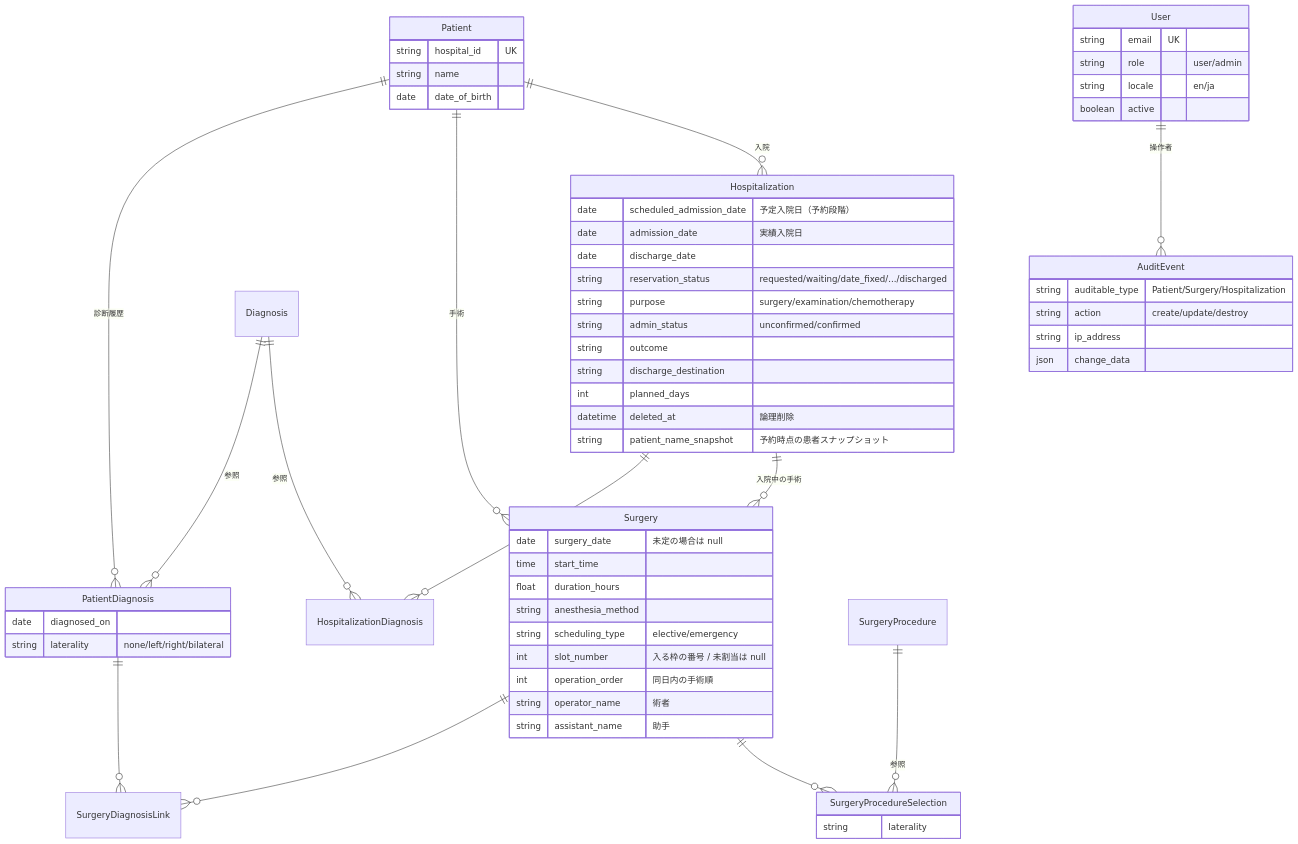
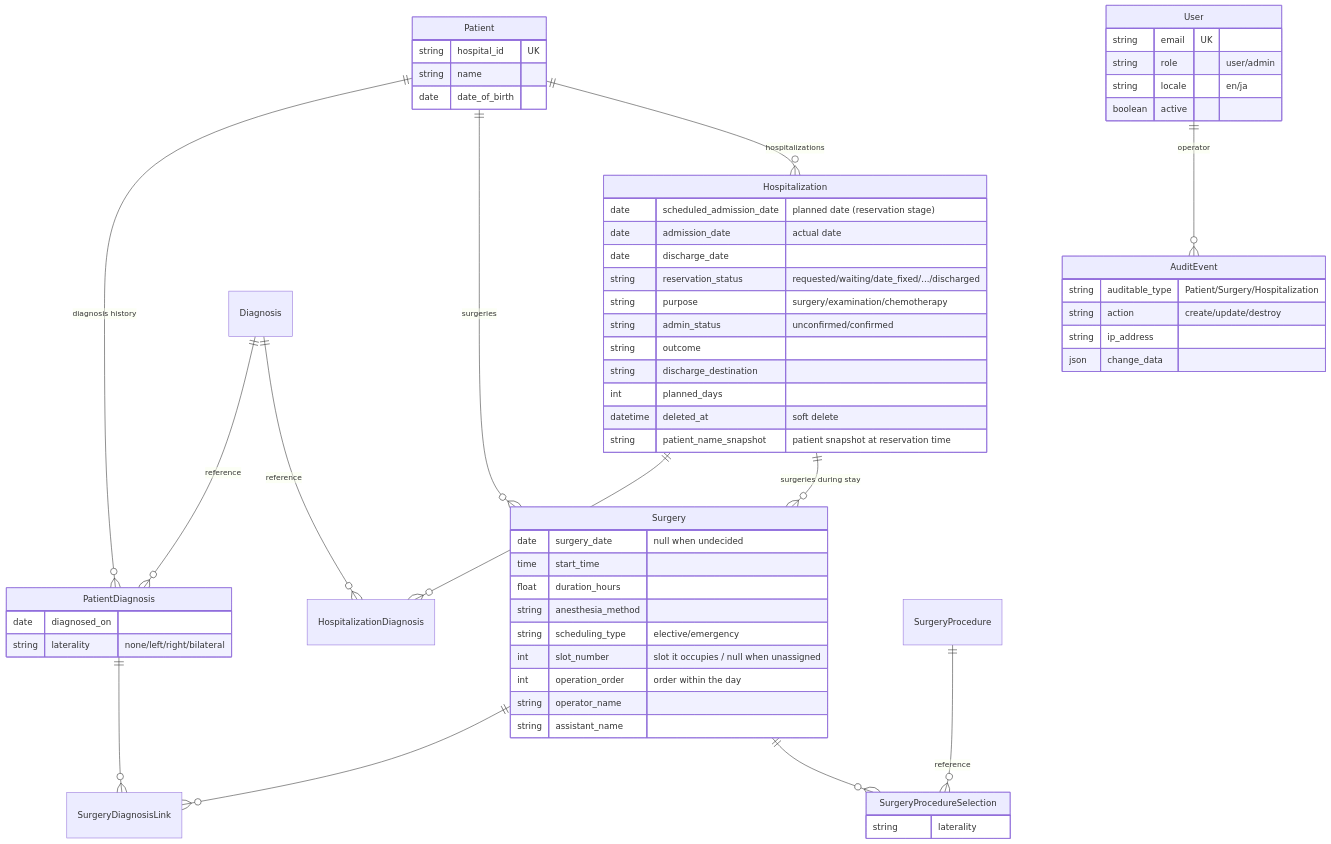
Before and after one commit to studiome/altocumulus: the diagram in README.md, drawn with Mermaid. The commit also changed other lines of this file and 1 other file, not shown here.

````diff
--- a/README.md
+++ b/README.md
@@ -144,64 +147,64 @@
 ```mermaid
 erDiagram
-    Patient          ||--o{ PatientDiagnosis        : "診断履歴"
-    Patient          ||--o{ Surgery                 : "手術"
-    Patient          ||--o{ Hospitalization         : "入院"
-    Diagnosis        ||--o{ PatientDiagnosis        : "参照"
-    Diagnosis        ||--o{ HospitalizationDiagnosis: "参照"
+    Patient          ||--o{ PatientDiagnosis        : "diagnosis history"
+    Patient          ||--o{ Surgery                 : "surgeries"
+    Patient          ||--o{ Hospitalization         : "hospitalizations"
+    Diagnosis        ||--o{ PatientDiagnosis        : "reference"
+    Diagnosis        ||--o{ HospitalizationDiagnosis: "reference"
     Hospitalization  ||--o{ HospitalizationDiagnosis: ""
-    Hospitalization  ||--o{ Surgery                 : "入院中の手術"
+    Hospitalization  ||--o{ Surgery                 : "surgeries during stay"
     Surgery          ||--o{ SurgeryDiagnosisLink    : ""
     PatientDiagnosis ||--o{ SurgeryDiagnosisLink    : ""
     Surgery          ||--o{ SurgeryProcedureSelection : ""
-    SurgeryProcedure ||--o{ SurgeryProcedureSelection : "参照"
-    User             ||--o{ AuditEvent              : "操作者"
+    SurgeryProcedure ||--o{ SurgeryProcedureSelection : "reference"
+    User             ||--o{ AuditEvent              : "operator"
 
     Patient {
         string hospital_id UK
         string name
         date   date_of_birth
     }
     PatientDiagnosis {
         date   diagnosed_on
         string laterality "none/left/right/bilateral"
     }
     Surgery {
-        date   surgery_date "未定の場合は null"
+        date   surgery_date "null when undecided"
         time   start_time
         float  duration_hours
         string anesthesia_method
         string scheduling_type "elective/emergency"
-        int    slot_number "入る枠の番号 / 未割当は null"
-        int    operation_order "同日内の手術順"
-        string operator_name "術者"
-        string assistant_name "助手"
+        int    slot_number "slot it occupies / null when unassigned"
+        int    operation_order "order within the day"
+        string operator_name
+        string assistant_name
     }
     Hospitalization {
-        date   scheduled_admission_date "予定入院日（予約段階）"
-        date   admission_date "実績入院日"
+        date   scheduled_admission_date "planned date (reservation stage)"
+        date   admission_date "actual date"
         date   discharge_date
         string reservation_status "requested/waiting/date_fixed/.../discharged"
         string purpose "surgery/examination/chemotherapy"
         string admin_status "unconfirmed/confirmed"
         string outcome
         string discharge_destination
         int    planned_days
-        datetime deleted_at "論理削除"
-        string patient_name_snapshot "予約時点の患者スナップショット"
+        datetime deleted_at "soft delete"
+        string patient_name_snapshot "patient snapshot at reservation time"
     }
     SurgeryProcedureSelection {
         string laterality
     }
     User {
         string email UK
         string role "user/admin"
         string locale "en/ja"
         boolean active
     }
     AuditEvent {
         string auditable_type "Patient/Surgery/Hospitalization"
         string action "create/update/destroy"
         string ip_address
         json   change_data
     }
 ```
````
